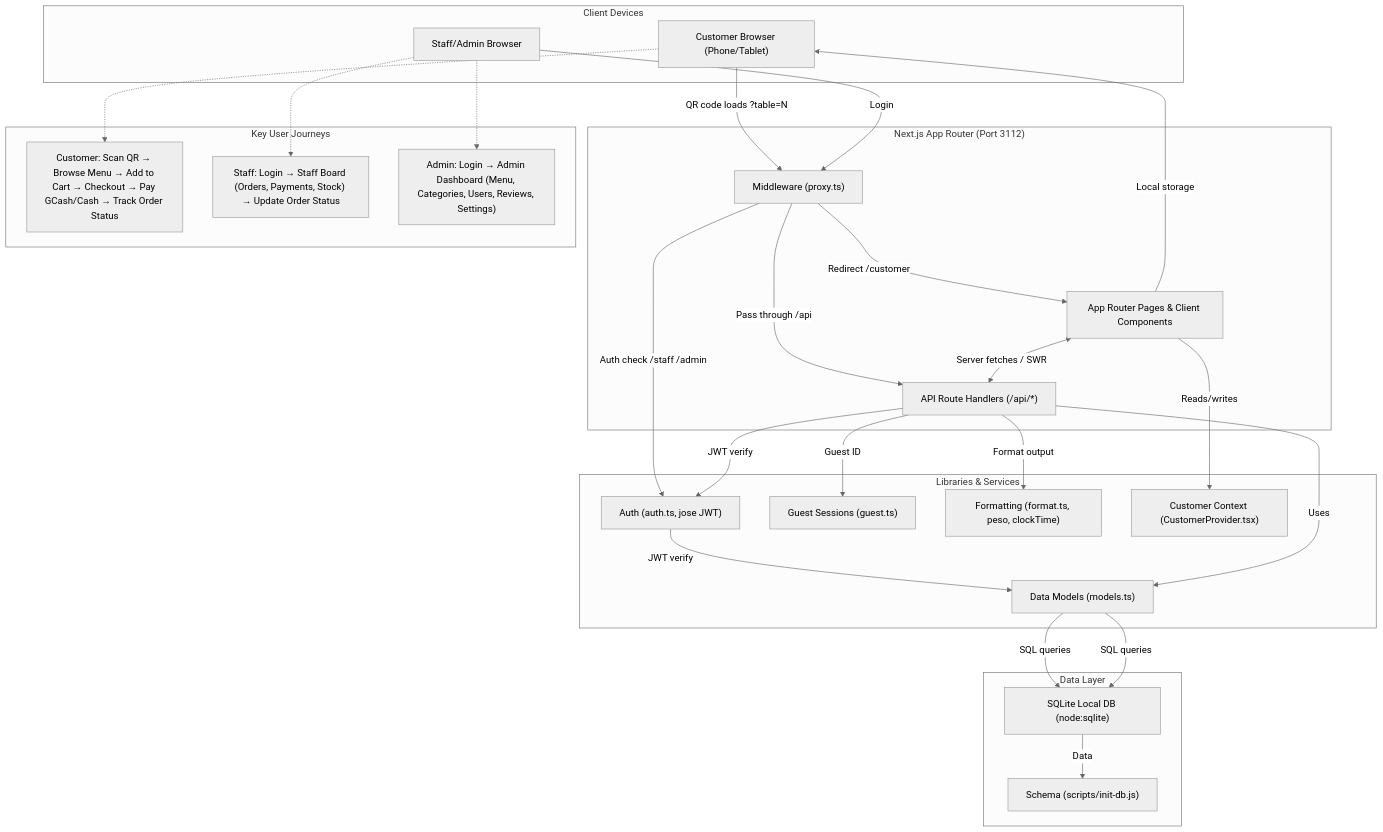
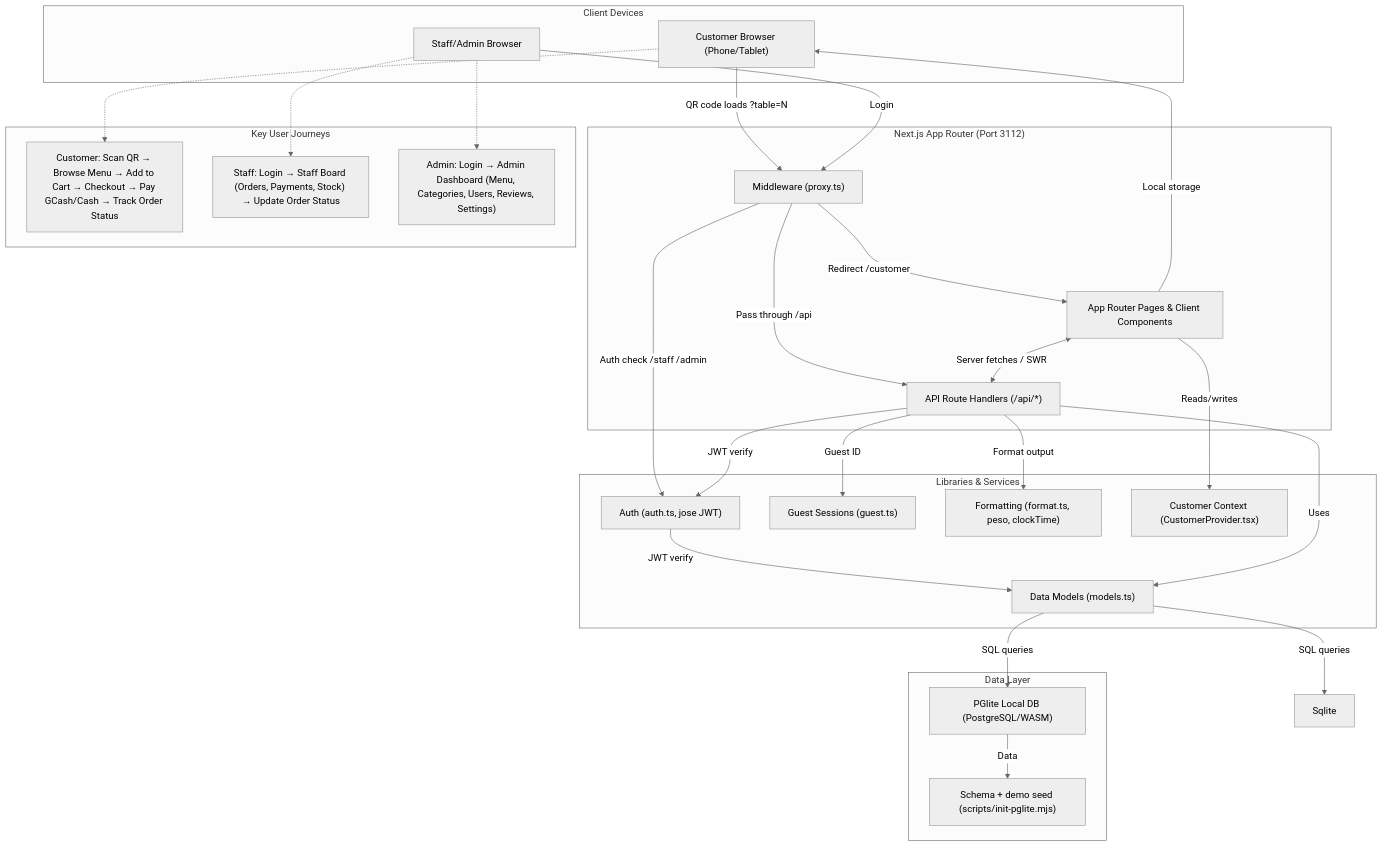
Before and after one commit to Acoldtoast/merrylane-cafe-ordering-queue-system: the diagram in level1-diagram.md, drawn with Mermaid (neutral theme). The commit also changed 178 other files, not shown here.

````diff
--- a/level1-diagram.md
+++ b/level1-diagram.md
@@ -1,55 +1,55 @@
 ```mermaid
 graph TD
     subgraph "Client Devices"
         Browser["Customer Browser (Phone/Tablet)"]
         StaffBrowser["Staff/Admin Browser"]
     end
 
     subgraph "Next.js App Router (Port 3112)"
         Middleware["Middleware (proxy.ts)"]
         Pages["App Router Pages & Client Components"]
         API["API Route Handlers (/api/*)"]
     end
 
     subgraph "Libraries & Services"
         Auth["Auth (auth.ts, jose JWT)"]
         Models["Data Models (models.ts)"]
         Guest["Guest Sessions (guest.ts)"]
         Format["Formatting (format.ts, peso, clockTime)"]
         Cart["Customer Context (CustomerProvider.tsx)"]
     end
 
     subgraph "Data Layer"
-        Sqlite["SQLite Local DB (node:sqlite)"]
-        Schema["Schema (scripts/init-db.js)"]
+        PGlite["PGlite Local DB (PostgreSQL/WASM)"]
+        Schema["Schema + demo seed (scripts/init-pglite.mjs)"]
     end
 
     Browser -->|QR code loads ?table=N| Middleware
     StaffBrowser -->|Login| Middleware
 
     Middleware -->|Redirect /customer| Pages
     Middleware -->|Auth check /staff /admin| Auth
     Middleware -->|Pass through /api| API
     Auth -->|JWT verify| Models
-    Models -->|SQL queries| Sqlite
-    Sqlite -->|Data| Schema
+    Models -->|SQL queries| PGlite
+    PGlite -->|Data| Schema
 
     Pages <-->|Server fetches / SWR| API
     Pages -->|Reads/writes| Cart
     Pages -->|Local storage| Browser
     API -->|Uses| Models
     Models -->|SQL queries| Sqlite
     API -->|Guest ID| Guest
     API -->|JWT verify| Auth
     API -->|Format output| Format
 
     subgraph "Key User Journeys"
         Flow1["Customer: Scan QR → Browse Menu → Add to Cart → Checkout → Pay GCash/Cash → Track Order Status"]
         Flow2["Staff: Login → Staff Board (Orders, Payments, Stock) → Update Order Status"]
         Flow3["Admin: Login → Admin Dashboard (Menu, Categories, Users, Reviews, Settings)"]
     end
 
     Browser -.-> Flow1
     StaffBrowser -.-> Flow2
     StaffBrowser -.-> Flow3
 ```
````
